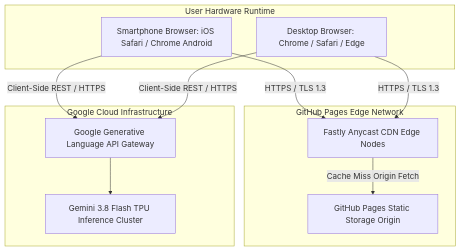
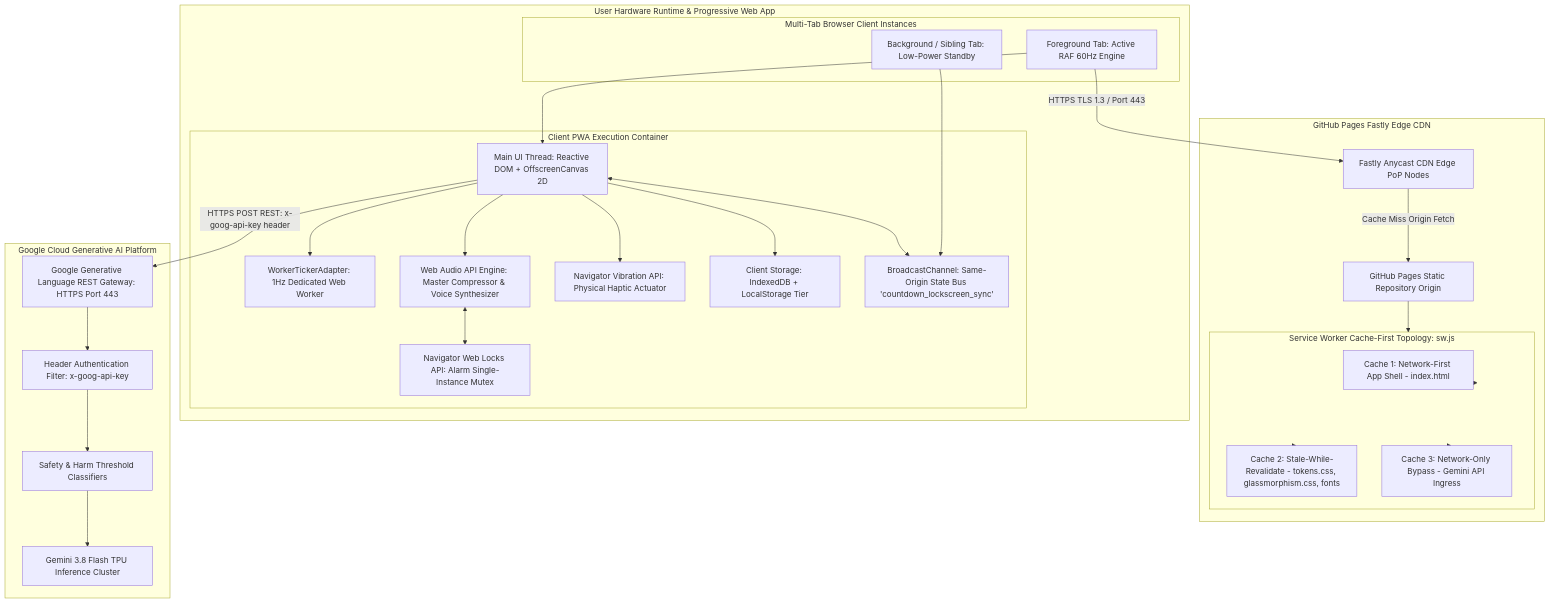
Before and after one commit to piyushmakhija28/countdown-lockscreen-challenge: the diagram in uml/deployment_diagram.md, drawn with Mermaid. The commit also changed 13 other files, not shown here.

Commit message:
chore(architecture): resolve foundational system design, invariant taxonomy & diagram parity gaps (v2.3.3) (#9)

````diff
--- a/uml/deployment_diagram.md
+++ b/uml/deployment_diagram.md
@@ -3,24 +3,58 @@
 ```mermaid
 graph TD
-    subgraph ClientEnvironment [User Hardware Runtime]
-        Smartphone[Smartphone Browser: iOS Safari / Chrome Android]
-        Desktop[Desktop Browser: Chrome / Safari / Edge]
+    subgraph ClientEnvironment [User Hardware Runtime & Progressive Web App]
+        subgraph BrowserTabs [Multi-Tab Browser Client Instances]
+            MainTab[Foreground Tab: Active RAF 60Hz Engine]
+            PeerTab[Background / Sibling Tab: Low-Power Standby]
+        end
+
+        subgraph ClientRuntimePWA [Client PWA Execution Container]
+            UIThread[Main UI Thread: Reactive DOM + OffscreenCanvas 2D]
+            BgWorker[WorkerTickerAdapter: 1Hz Dedicated Web Worker]
+            AudioHW[Web Audio API Engine: Master Compressor & Voice Synthesizer]
+            HapticHW[Navigator Vibration API: Physical Haptic Actuator]
+            StorageEngine[Client Storage: IndexedDB + LocalStorage Tier]
+            WebLockMgr[Navigator Web Locks API: Alarm Single-Instance Mutex]
+            TabSyncBus[BroadcastChannel: Same-Origin State Bus 'countdown_lockscreen_sync']
+        end
     end
 
-    subgraph EdgeCDN [GitHub Pages Edge Network]
-        EdgeAnycast[Fastly Anycast CDN Edge Nodes]
-        OriginStorage[GitHub Pages Static Storage Origin]
+    subgraph EdgeCDN [GitHub Pages Fastly Edge CDN]
+        EdgeAnycast[Fastly Anycast CDN Edge PoP Nodes]
+        OriginStorage[GitHub Pages Static Repository Origin]
+        
+        subgraph SWCachePolicy [Service Worker Cache-First Topology: sw.js]
+            ShellCache[Cache 1: Network-First App Shell - index.html]
+            AssetCache[Cache 2: Stale-While-Revalidate - tokens.css, glassmorphism.css, fonts]
+            NetworkOnly[Cache 3: Network-Only Bypass - Gemini API Ingress]
+        end
     end
 
-    subgraph CloudAPIs [Google Cloud Infrastructure]
-        GeminiGateway[Google Generative Language API Gateway]
+    subgraph CloudAPIs [Google Cloud Generative AI Platform]
+        GeminiGateway[Google Generative Language REST Gateway: HTTPS Port 443]
+        AuthShield[Header Authentication Filter: x-goog-api-key]
+        HarmFilters[Safety & Harm Threshold Classifiers]
         GeminiCluster[Gemini 3.8 Flash TPU Inference Cluster]
     end
 
-    Smartphone -->|HTTPS / TLS 1.3| EdgeAnycast
-    Desktop -->|HTTPS / TLS 1.3| EdgeAnycast
+    MainTab --> UIThread
+    PeerTab --> TabSyncBus
+    UIThread <--> TabSyncBus
+    UIThread --> BgWorker
+    UIThread --> AudioHW
+    UIThread --> HapticHW
+    UIThread --> StorageEngine
+    AudioHW <--> WebLockMgr
+
+    MainTab -->|HTTPS TLS 1.3 / Port 443| EdgeAnycast
     EdgeAnycast -->|Cache Miss Origin Fetch| OriginStorage
-    Smartphone -->|Client-Side REST / HTTPS| GeminiGateway
-    Desktop -->|Client-Side REST / HTTPS| GeminiGateway
-    GeminiGateway --> GeminiCluster
+    OriginStorage --> SWCachePolicy
+    SWCachePolicy --> ShellCache
+    SWCachePolicy --> AssetCache
+    SWCachePolicy --> NetworkOnly
+
+    UIThread -->|HTTPS POST REST: x-goog-api-key header| GeminiGateway
+    GeminiGateway --> AuthShield
+    AuthShield --> HarmFilters
+    HarmFilters --> GeminiCluster
 ```
````
